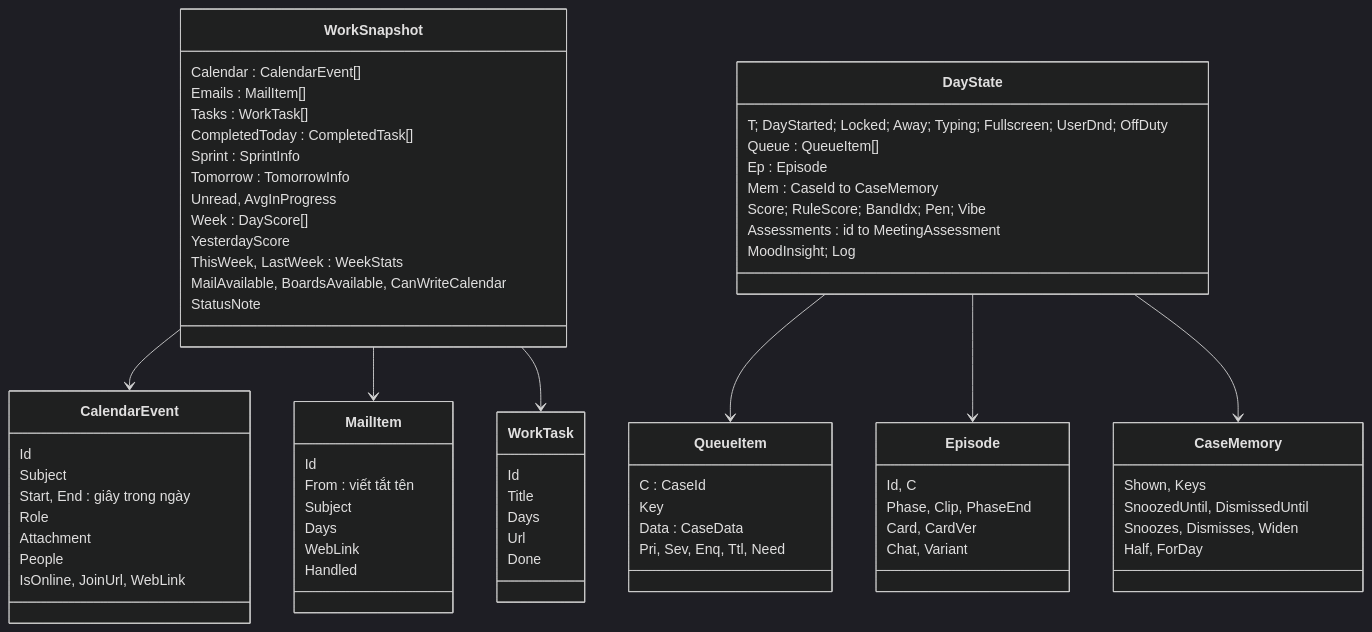
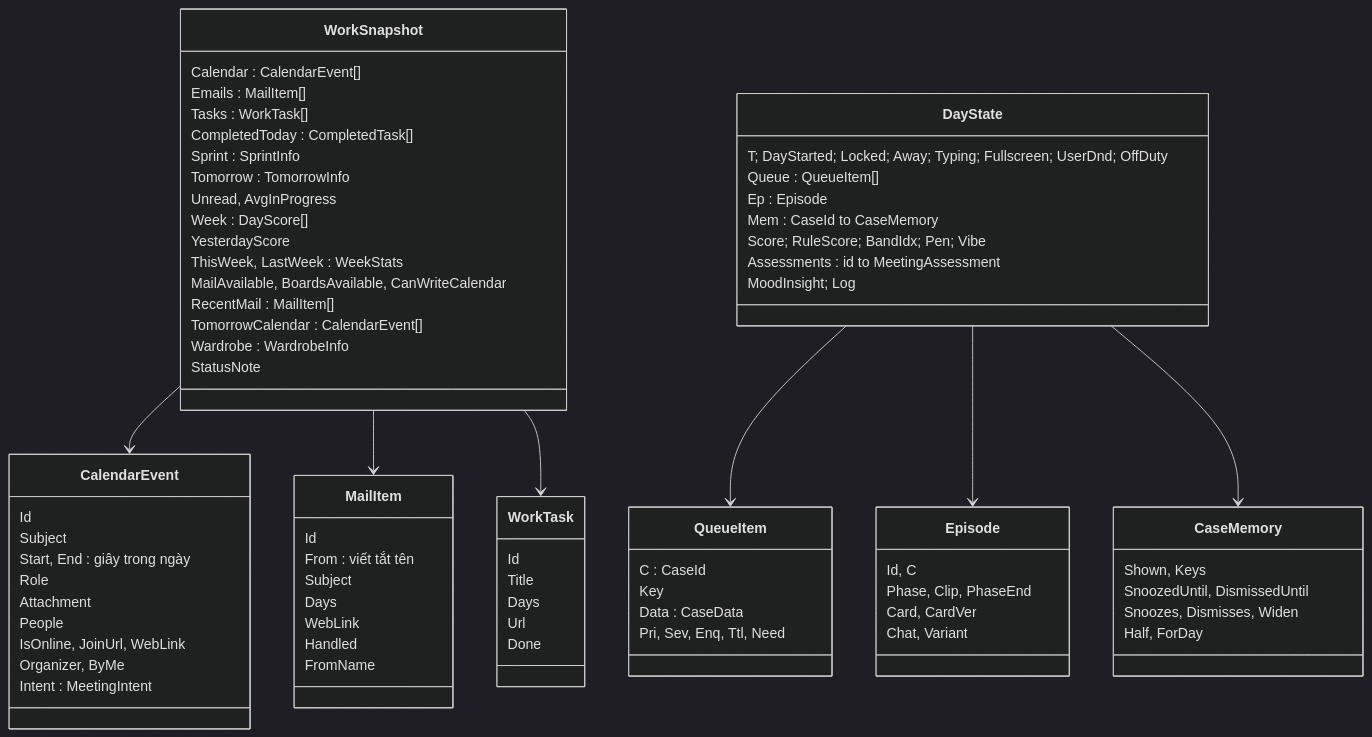
The tenth of 15 diagrams in docs/KIEN-TRUC.md (Killig3110/mindiful), drawn with Mermaid (dark theme) before and after one commit. The commit also changed other lines of this file and 12 other files, not shown here.

````diff
--- a/docs/KIEN-TRUC.md
+++ b/docs/KIEN-TRUC.md
@@ -494,74 +508,80 @@
 ```mermaid
 classDiagram
     class WorkSnapshot {
         Calendar : CalendarEvent[]
         Emails : MailItem[]
         Tasks : WorkTask[]
         CompletedToday : CompletedTask[]
         Sprint : SprintInfo
         Tomorrow : TomorrowInfo
         Unread, AvgInProgress
         Week : DayScore[]
         YesterdayScore
         ThisWeek, LastWeek : WeekStats
         MailAvailable, BoardsAvailable, CanWriteCalendar
+        RecentMail : MailItem[]
+        TomorrowCalendar : CalendarEvent[]
+        Wardrobe : WardrobeInfo
         StatusNote
     }
     class CalendarEvent {
         Id
         Subject
         Start, End : giây trong ngày
         Role
         Attachment
         People
         IsOnline, JoinUrl, WebLink
+        Organizer, ByMe
+        Intent : MeetingIntent
     }
     class MailItem {
         Id
         From : viết tắt tên
         Subject
         Days
         WebLink
         Handled
+        FromName
     }
     class WorkTask {
         Id
         Title
         Days
         Url
         Done
     }
     class DayState {
         T; DayStarted; Locked; Away; Typing; Fullscreen; UserDnd; OffDuty
         Queue : QueueItem[]
         Ep : Episode
         Mem : CaseId to CaseMemory
         Score; RuleScore; BandIdx; Pen; Vibe
         Assessments : id to MeetingAssessment
         MoodInsight; Log
     }
     class QueueItem {
         C : CaseId
         Key
         Data : CaseData
         Pri, Sev, Enq, Ttl, Need
     }
     class Episode {
         Id, C
         Phase, Clip, PhaseEnd
         Card, CardVer
         Chat, Variant
     }
     class CaseMemory {
         Shown, Keys
         SnoozedUntil, DismissedUntil
         Snoozes, Dismisses, Widen
         Half, ForDay
     }
     WorkSnapshot --> CalendarEvent
     WorkSnapshot --> MailItem
     WorkSnapshot --> WorkTask
     DayState --> QueueItem
     DayState --> Episode
     DayState --> CaseMemory
 ```
````
